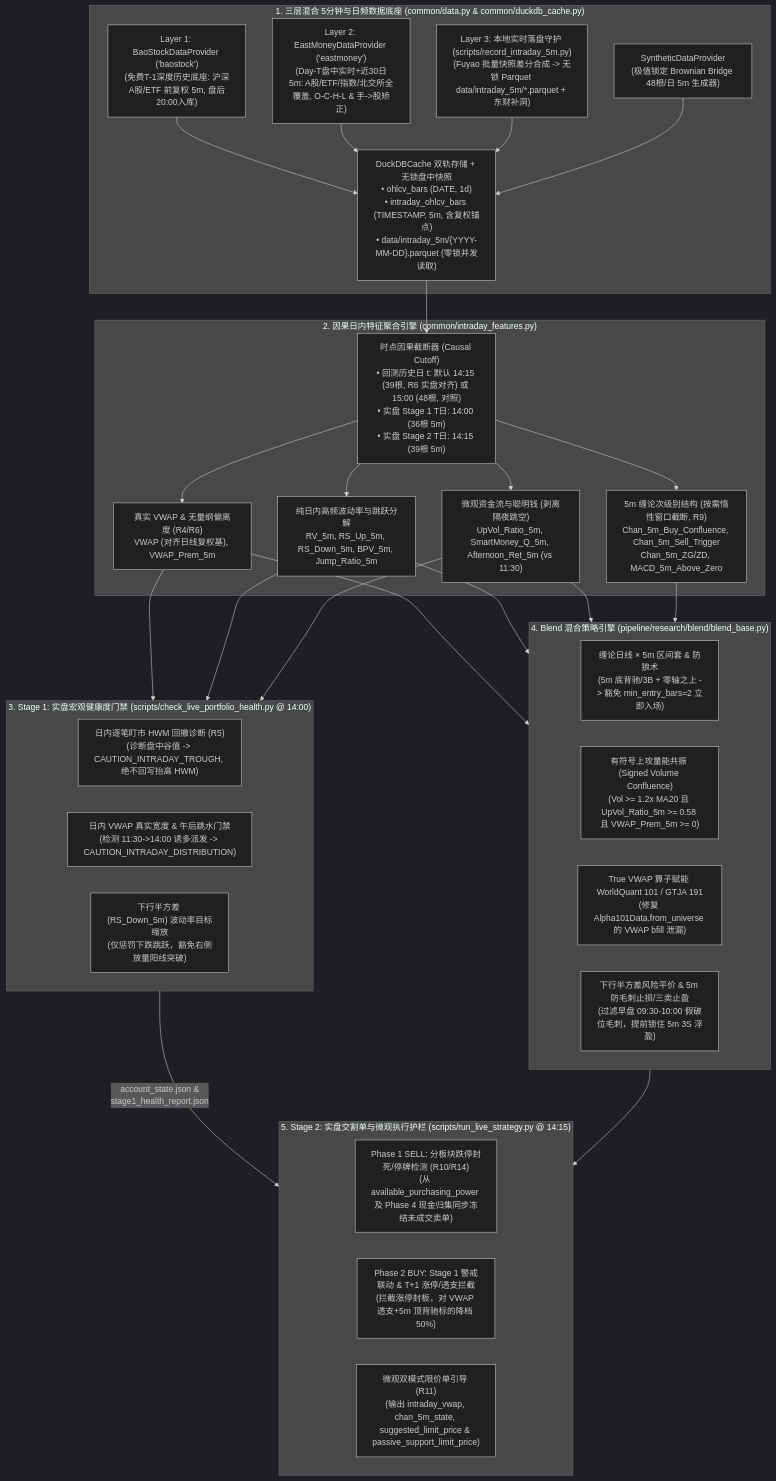
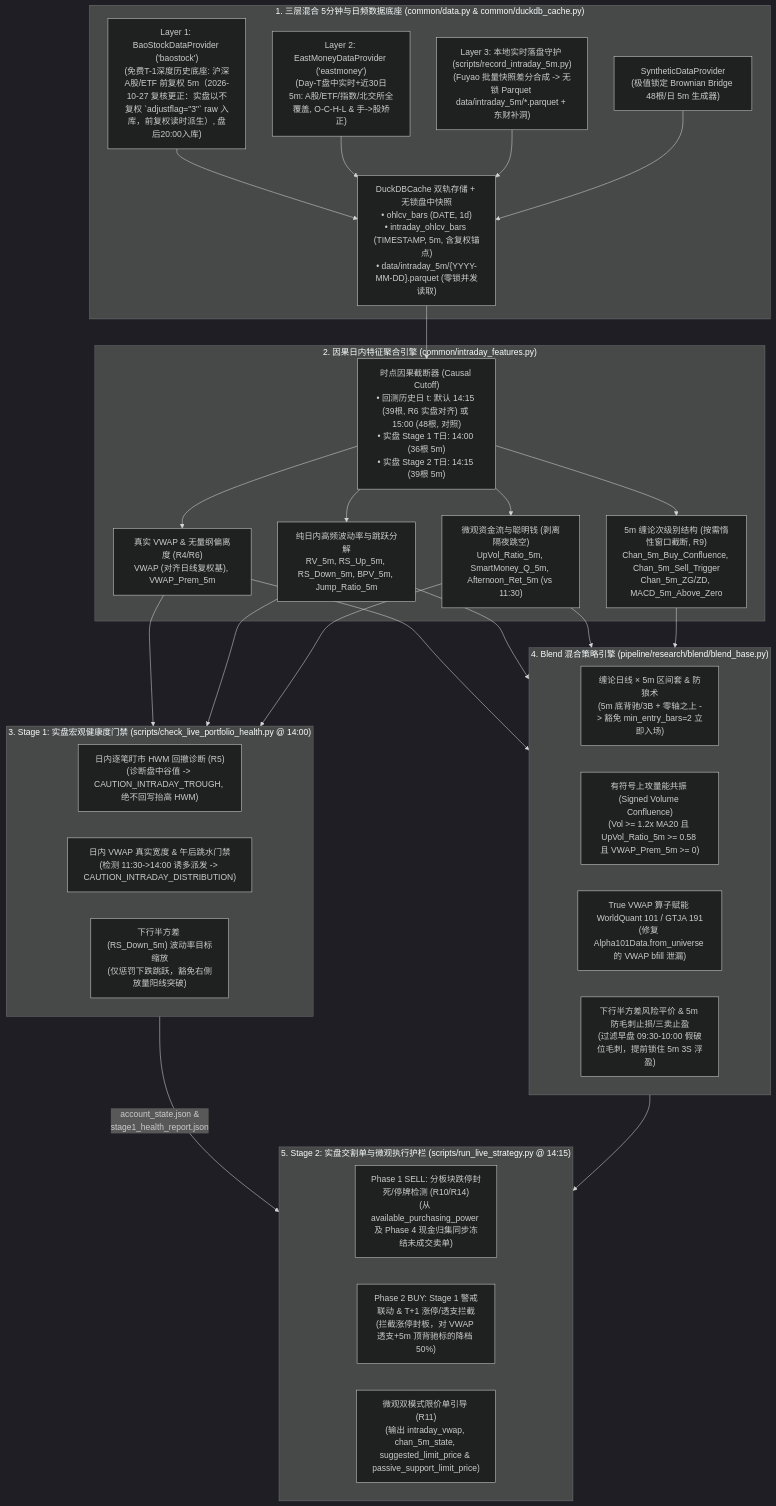
Before and after one commit to stonewell/quant_research: the first of 2 diagrams in docs/intraday_5m_live_and_blend_enhancement_plan.md, drawn with Mermaid (dark theme). The commit also changed other lines of this file and 7 other files, not shown here.

````diff
--- a/docs/intraday_5m_live_and_blend_enhancement_plan.md
+++ b/docs/intraday_5m_live_and_blend_enhancement_plan.md
@@ -29,44 +29,44 @@
 ```mermaid
 flowchart TD
     subgraph DATA["1. 三层混合 5分钟与日频数据底座 (common/data.py & common/duckdb_cache.py)"]
-        P0["Layer 1: BaoStockDataProvider ('baostock')\n(免费T-1深度历史底座: 沪深A股/ETF 前复权 5m, 盘后20:00入库)"]
+        P0["Layer 1: BaoStockDataProvider ('baostock')\n(免费T-1深度历史底座: 沪深A股/ETF 前复权 5m（2026-10-27 复核更正：实盘以不复权 `adjustflag=#quot;3#quot;` raw 入库，前复权读时派生）, 盘后20:00入库)"]
         P1["Layer 2: EastMoneyDataProvider ('eastmoney')\n(Day-T盘中实时+近30日5m: A股/ETF/指数/北交所全覆盖, O-C-H-L & 手->股矫正)"]
         P2["Layer 3: 本地实时落盘守护 (scripts/record_intraday_5m.py)\n(Fuyao 批量快照差分合成 -> 无锁 Parquet data/intraday_5m/*.parquet + 东财补洞)"]
         P3["SyntheticDataProvider\n(极值锁定 Brownian Bridge 48根/日 5m 生成器)"]
         CACHE["DuckDBCache 双轨存储 + 无锁盘中快照\n• ohlcv_bars (DATE, 1d)\n• intraday_ohlcv_bars (TIMESTAMP, 5m, 含复权锚点)\n• data/intraday_5m/{YYYY-MM-DD}.parquet (零锁并发读取)"]
     end
 
     subgraph FEAT["2. 因果日内特征聚合引擎 (common/intraday_features.py)"]
         CUTOFF["时点因果截断器 (Causal Cutoff)\n• 回测历史日 t: 默认 14:15 (39根, R6 实盘对齐) 或 15:00 (48根, 对照)\n• 实盘 Stage 1 T日: 14:00 (36根 5m)\n• 实盘 Stage 2 T日: 14:15 (39根 5m)"]
         F_VWAP["真实 VWAP & 无量纲偏离度 (R4/R6)\nVWAP (对齐日线复权基), VWAP_Prem_5m"]
         F_VOL["纯日内高频波动率与跳跃分解\nRV_5m, RS_Up_5m, RS_Down_5m, BPV_5m, Jump_Ratio_5m"]
         F_FLOW["微观资金流与聪明钱 (剥离隔夜跳空)\nUpVol_Ratio_5m, SmartMoney_Q_5m, Afternoon_Ret_5m (vs 11:30)"]
         F_CHAN["5m 缠论次级别结构 (按需惰性窗口截断, R9)\nChan_5m_Buy_Confluence, Chan_5m_Sell_Trigger\nChan_5m_ZG/ZD, MACD_5m_Above_Zero"]
     end
 
     subgraph STAGE1["3. Stage 1: 实盘宏观健康度门禁 (scripts/check_live_portfolio_health.py @ 14:00)"]
         G1["日内逐笔盯市 HWM 回撤诊断 (R5)\n(诊断盘中谷值 -> CAUTION_INTRADAY_TROUGH, 绝不回写抬高 HWM)"]
         G2["日内 VWAP 真实宽度 & 午后跳水门禁\n(检测 11:30->14:00 诱多派发 -> CAUTION_INTRADAY_DISTRIBUTION)"]
         G3["下行半方差 (RS_Down_5m) 波动率目标缩放\n(仅惩罚下跌跳跃，豁免右侧放量阳线突破)"]
     end
 
     subgraph BLEND["4. Blend 混合策略引擎 (pipeline/research/blend/blend_base.py)"]
         B1["缠论日线 × 5m 区间套 & 防狼术\n(5m 底背驰/3B + 零轴之上 -> 豁免 min_entry_bars=2 立即入场)"]
         B2["有符号上攻量能共振 (Signed Volume Confluence)\n(Vol >= 1.2x MA20 且 UpVol_Ratio_5m >= 0.58 且 VWAP_Prem_5m >= 0)"]
         B3["True VWAP 算子赋能 WorldQuant 101 / GTJA 191\n(修复 Alpha101Data.from_universe 的 VWAP bfill 泄漏)"]
         B4["下行半方差风险平价 & 5m 防毛刺止损/三卖止盈\n(过滤早盘 09:30-10:00 假破位毛刺，提前锁住 5m 3S 浮盈)"]
     end
 
     subgraph STAGE2["5. Stage 2: 实盘交割单与微观执行护栏 (scripts/run_live_strategy.py @ 14:15)"]
         E1["Phase 1 SELL: 分板块跌停封死/停牌检测 (R10/R14)\n(从 available_purchasing_power 及 Phase 4 现金归集同步冻结未成交卖单)"]
         E2["Phase 2 BUY: Stage 1 警戒联动 & T+1 涨停/透支拦截\n(拦截涨停封板，对 VWAP 透支+5m 顶背驰标的降档 50%)"]
         E3["微观双模式限价单引导 (R11)\n(输出 intraday_vwap, chan_5m_state, suggested_limit_price & passive_support_limit_price)"]
     end
 
     P0 & P1 & P2 & P3 --> CACHE --> CUTOFF
     CUTOFF --> F_VWAP & F_VOL & F_FLOW & F_CHAN
     F_VWAP & F_VOL & F_FLOW --> STAGE1
     F_VWAP & F_VOL & F_FLOW & F_CHAN --> BLEND
     STAGE1 -->|"account_state.json &\nstage1_health_report.json"| STAGE2
     BLEND --> STAGE2
 ```
````
